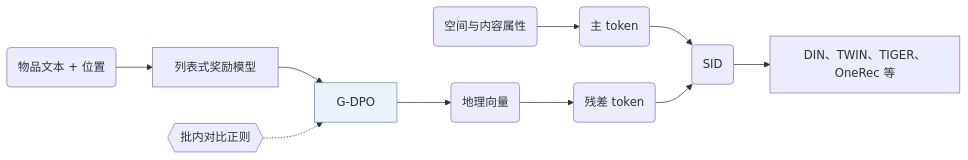
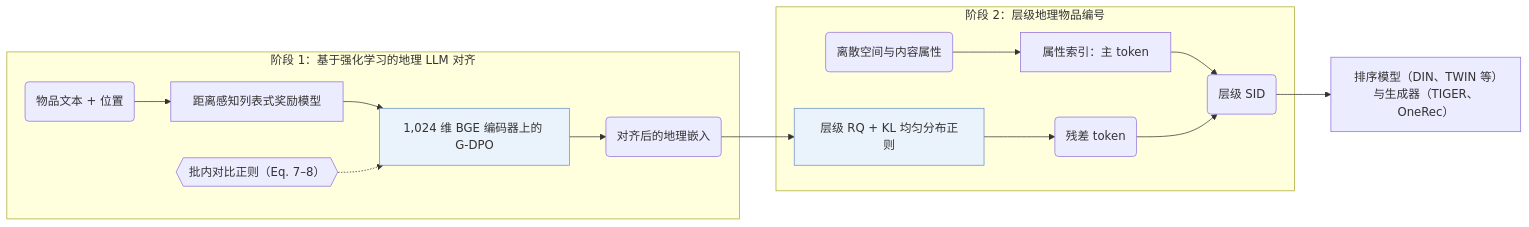
One commit to Galaxy-ghost/Awesome-SID-Generative-Rec changed the diagram in notes/zh/lgsid.md. Above: the diagram before and after it, drawn with Mermaid. The commit also changed other lines of this file and 649 other files, not shown here.

Commit message:
writer-05: also tags and modality index (schema, check, build, visuals); summary field removed; calibration data for 12 papers

````diff
--- a/notes/zh/lgsid.md
+++ b/notes/zh/lgsid.md
@@ -13,13 +14,18 @@
 ```mermaid
 flowchart LR
-    A("物品文本 + 位置") --> B["列表式奖励模型"]
-    B --> C["G-DPO"]:::key
-    L1{{"批内对比正则"}} -.-> C
-    C --> D("地理向量")
-    D --> E("残差 token")
-    F("空间与内容属性") --> G("主 token")
-    G --> H("SID")
-    E --> H
-    H --> I["DIN、TWIN、TIGER、OneRec 等"]
+    subgraph S1["阶段 1：基于强化学习的地理 LLM 对齐"]
+        A("物品文本 + 位置") --> B["距离感知列表式奖励模型"]
+        B --> C["1,024 维 BGE 编码器上的 G-DPO"]:::key
+        L1{{"批内对比正则（Eq. 7–8）"}} -.-> C
+        C --> D("对齐后的地理嵌入")
+    end
+    subgraph S2["阶段 2：层级地理物品编号"]
+        F("离散空间与内容属性") --> G["属性索引：主 token"]
+        D --> E["层级 RQ + KL 均匀分布正则"]:::key
+        E --> ER("残差 token")
+        G --> H("层级 SID")
+        ER --> H
+    end
+    H --> I["排序模型（DIN、TWIN 等）与生成器（TIGER、OneRec）"]
     classDef key fill:#eaf2fb,stroke:#6b8fc7
 ```
````
